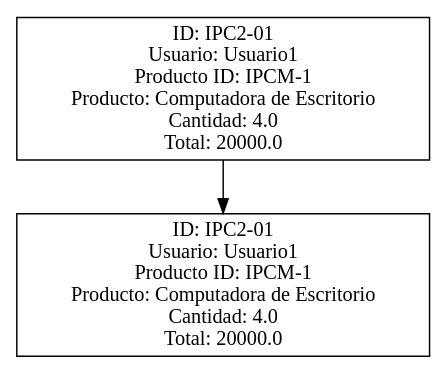
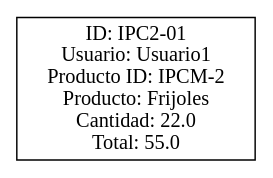
The diagram in reportesdot/pila.dot (MarceJua/IPC2_ProyectoVJ2024_14), drawn with Graphviz before and after one commit. The commit also changed 11 other files, not shown here.

```diff
--- a/reportesdot/pila.dot
+++ b/reportesdot/pila.dot
@@ -1,7 +1,5 @@
 digraph G {
      rankdir=TB;
      node[shape=record];
-node0 [label="ID: IPC2-01\nUsuario: Usuario1\nProducto ID: IPCM-1\nProducto: Computadora de Escritorio\nCantidad: 4.0\nTotal: 20000.0"];
-node0 -> node1;
-node1 [label="ID: IPC2-01\nUsuario: Usuario1\nProducto ID: IPCM-1\nProducto: Computadora de Escritorio\nCantidad: 4.0\nTotal: 20000.0"];
+node0 [label="ID: IPC2-01\nUsuario: Usuario1\nProducto ID: IPCM-2\nProducto: Frijoles\nCantidad: 22.0\nTotal: 55.0"];
 }
```
